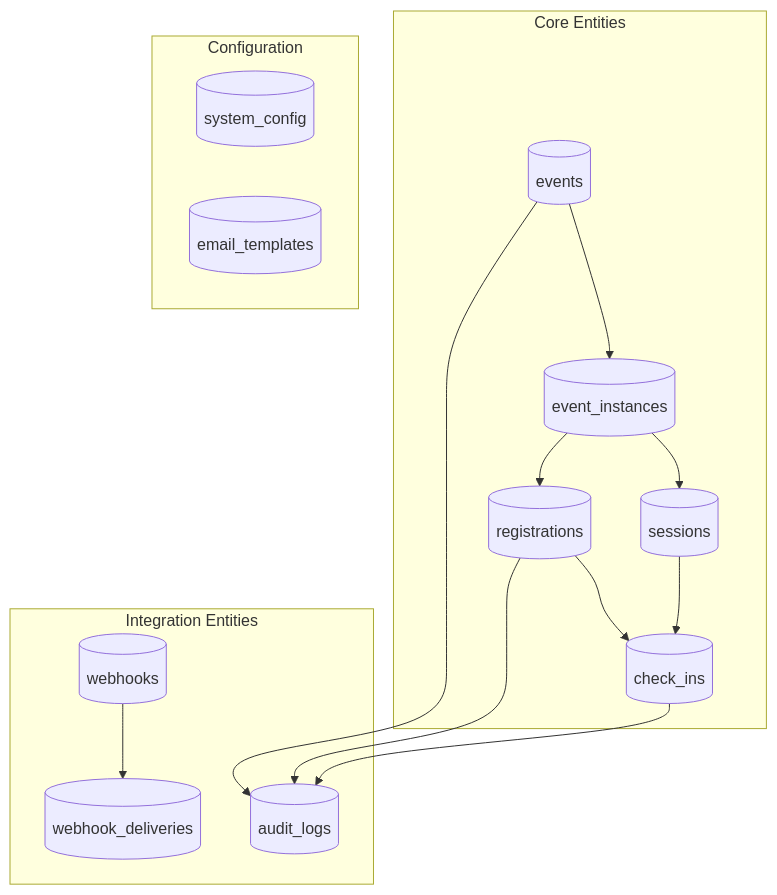
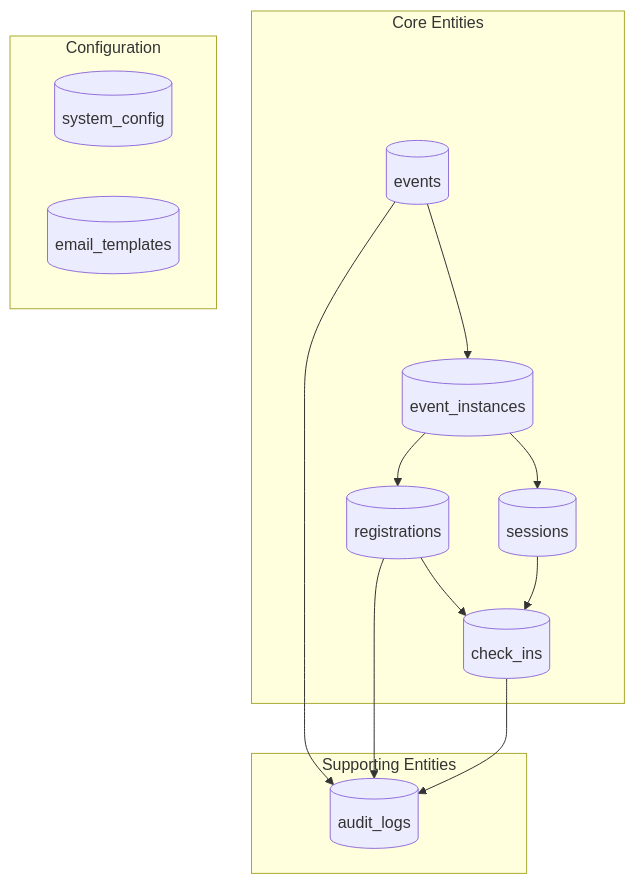
One commit to jpwhite3/eventr changed the ninth of 21 diagrams in docs/architecture.md. Above: the diagram before and after it, drawn with Mermaid. The commit also changed other lines of this file and 73 other files, not shown here.

First line of the commit message:
refactor: Modular monolith architecture with dependency updates

````diff
--- a/docs/architecture.md
+++ b/docs/architecture.md
@@ -343,33 +390,29 @@
 ```mermaid
 graph TB
     subgraph "Core Entities"
         EVENTS[(events)]
         EVENT_INST[(event_instances)]
         SESSIONS[(sessions)]
         REGISTRATIONS[(registrations)]
         CHECKINS[(check_ins)]
     end
     
-    subgraph "Integration Entities"
-        WEBHOOKS[(webhooks)]
-        WEBHOOK_DEL[(webhook_deliveries)]
+    subgraph "Supporting Entities"
         AUDIT_LOG[(audit_logs)]
     end
     
     subgraph "Configuration"
         SYSTEM_CONFIG[(system_config)]
         EMAIL_TEMPLATES[(email_templates)]
     end
     
     EVENTS --> EVENT_INST
     EVENT_INST --> REGISTRATIONS
     EVENT_INST --> SESSIONS
     REGISTRATIONS --> CHECKINS
     SESSIONS --> CHECKINS
     
-    WEBHOOKS --> WEBHOOK_DEL
-    
     EVENTS --> AUDIT_LOG
     REGISTRATIONS --> AUDIT_LOG
     CHECKINS --> AUDIT_LOG
 ```
````
